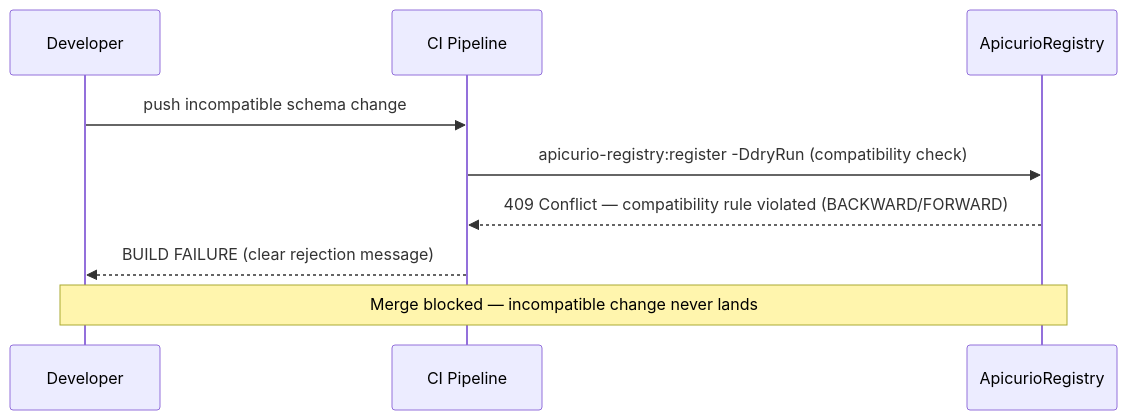
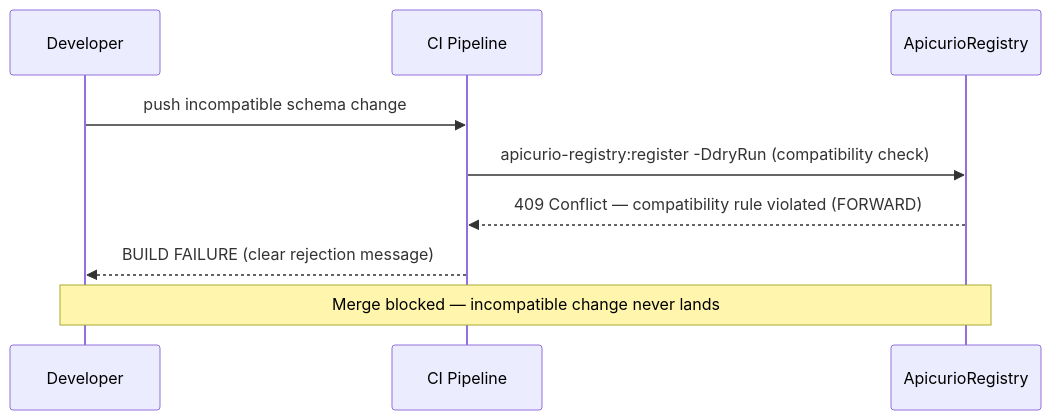
Before and after one commit to anarefin/schema-registry-demo: the third of 4 diagrams in README.md, drawn with Mermaid. The commit also changed other lines of this file and 20 other files, not shown here.

First line of the commit message:
Update docs and CI workflows for the JSON Schema-only refactor

````diff
--- a/README.md
+++ b/README.md
@@ -235,12 +235,12 @@
 ```mermaid
 sequenceDiagram
     participant Dev as Developer
     participant CI as CI Pipeline
     participant A as ApicurioRegistry
 
     Dev->>CI: push incompatible schema change
     CI->>A: apicurio-registry:register -DdryRun (compatibility check)
-    A-->>CI: 409 Conflict — compatibility rule violated (BACKWARD/FORWARD)
+    A-->>CI: 409 Conflict — compatibility rule violated (FORWARD)
     CI-->>Dev: BUILD FAILURE (clear rejection message)
     Note over Dev,A: Merge blocked — incompatible change never lands
 ```
````
